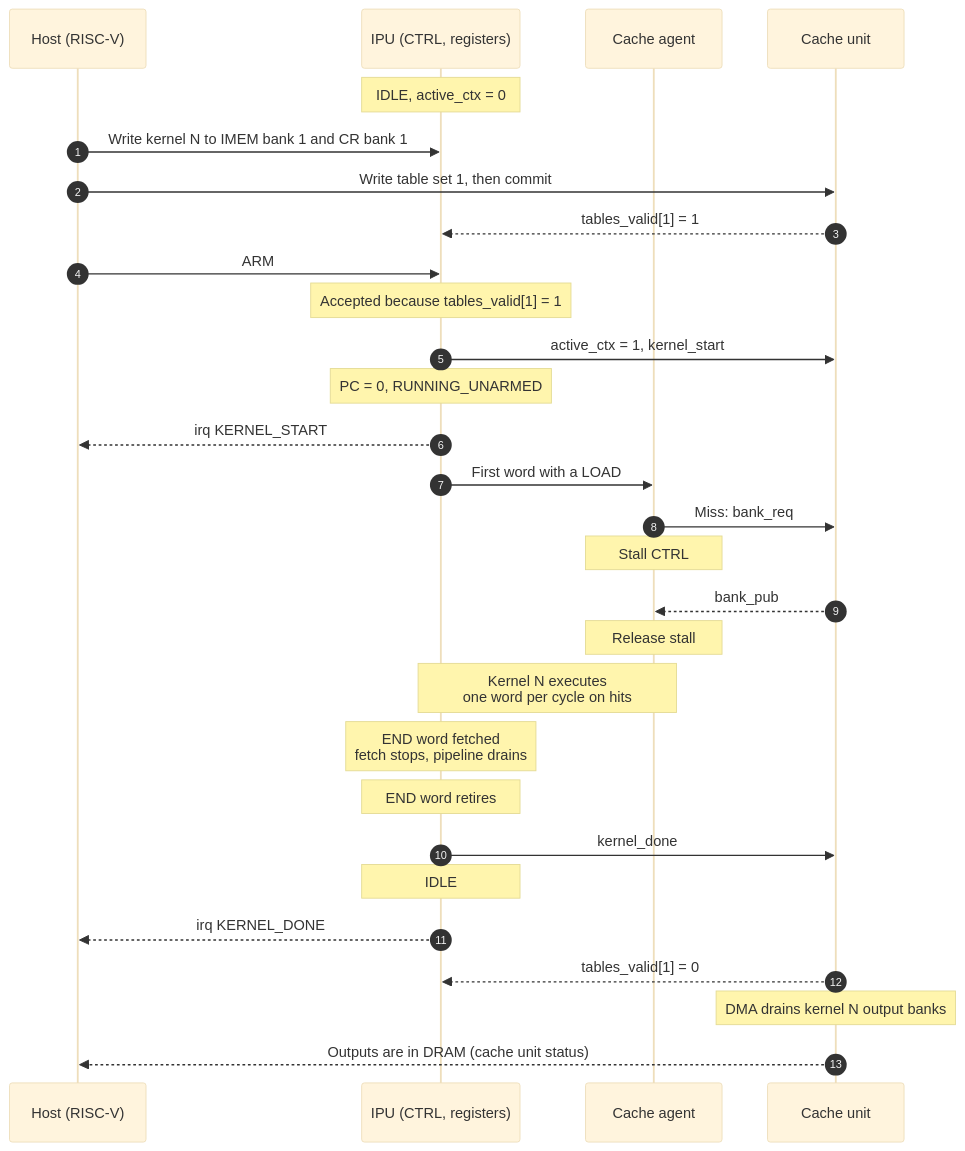
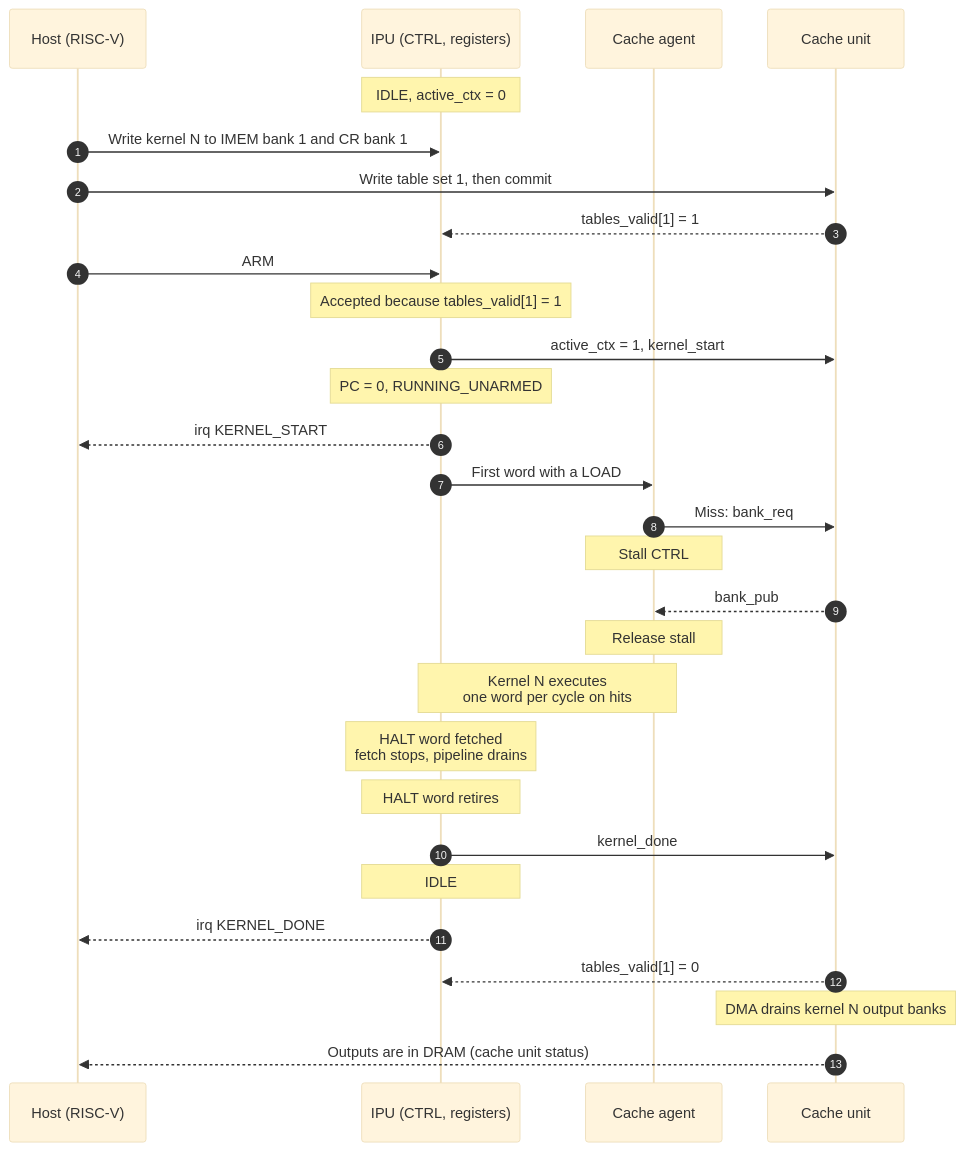
Before and after one commit to rechefe/ipu-emulator: the second of 3 diagrams in docs/content/requirements/execution-flow.md, drawn with Mermaid (base theme). The commit also changed other lines of this file and 8 other files, not shown here.

````diff
--- a/docs/content/requirements/execution-flow.md
+++ b/docs/content/requirements/execution-flow.md
@@ -107,31 +107,31 @@
 ```mermaid
 sequenceDiagram
     autonumber
     participant H as Host (RISC-V)
     participant I as IPU (CTRL, registers)
     participant A as Cache agent
     participant C as Cache unit
     Note over I: IDLE, active_ctx = 0
     H->>I: Write kernel N to IMEM bank 1 and CR bank 1
     H->>C: Write table set 1, then commit
     C-->>I: tables_valid[1] = 1
     H->>I: ARM
     Note over I: Accepted because tables_valid[1] = 1
     I->>C: active_ctx = 1, kernel_start
     Note over I: PC = 0, RUNNING_UNARMED
     I-->>H: irq KERNEL_START
     I->>A: First word with a LOAD
     A->>C: Miss: bank_req
     Note over A: Stall CTRL
     C-->>A: bank_pub
     Note over A: Release stall
     Note over I,A: Kernel N executes<br/>one word per cycle on hits
-    Note over I: END word fetched<br/>fetch stops, pipeline drains
-    Note over I: END word retires
+    Note over I: HALT word fetched<br/>fetch stops, pipeline drains
+    Note over I: HALT word retires
     I->>C: kernel_done
     Note over I: IDLE
     I-->>H: irq KERNEL_DONE
     C-->>I: tables_valid[1] = 0
     Note over C: DMA drains kernel N output banks
     C-->>H: Outputs are in DRAM (cache unit status)
 ```
````
